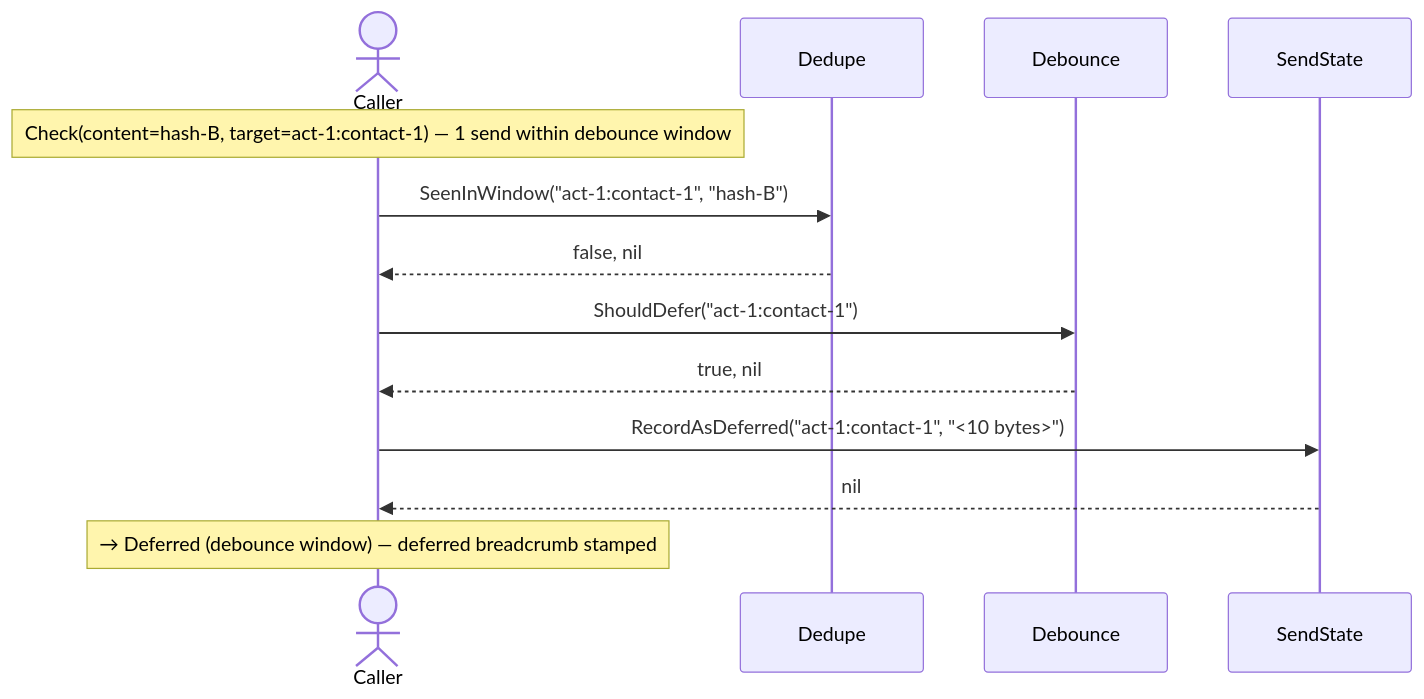
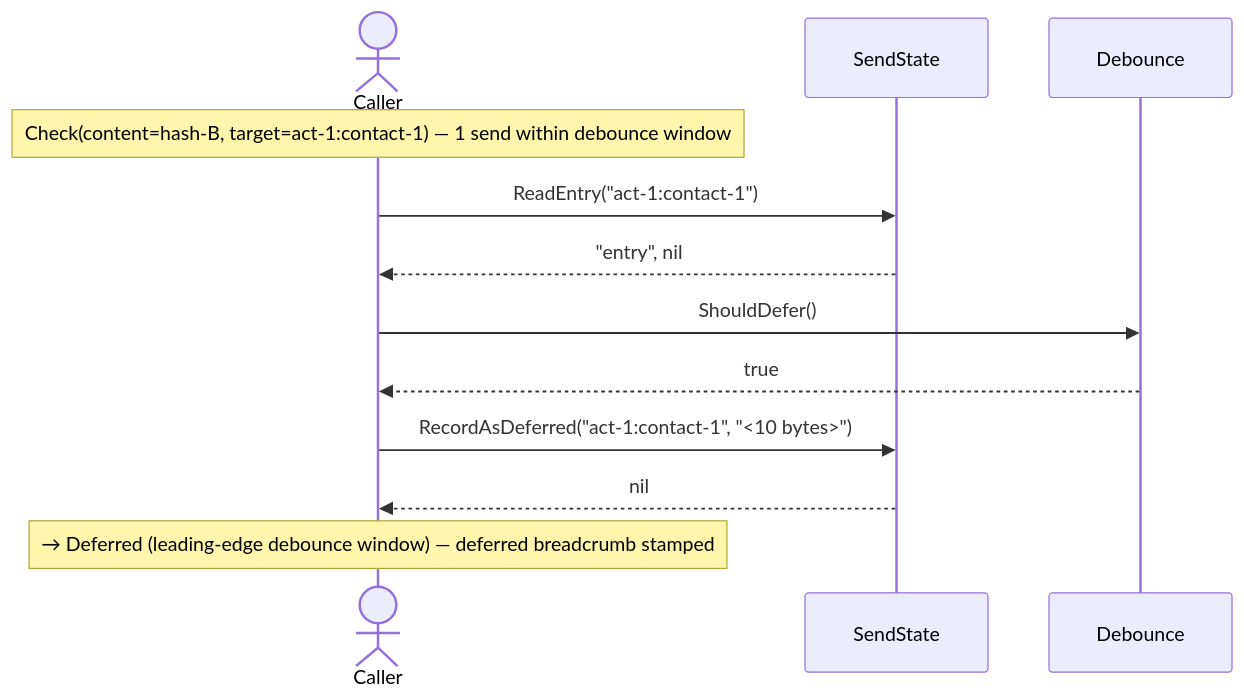
Before and after one commit to homemade/pith: the third of 5 diagrams in protect/sequence_test.md, drawn with Mermaid. The commit also changed other lines of this file and 13 other files, not shown here.

````diff
--- a/protect/sequence_test.md
+++ b/protect/sequence_test.md
@@ -43,16 +44,15 @@
 ```mermaid
 sequenceDiagram
     actor C as Caller
-    participant Dedupe
+    participant SendState
     participant Debounce
-    participant SendState
 
     Note over C: Check(content=hash-B, target=act-1:contact-1) — 1 send within debounce window
-    C->>Dedupe: SeenInWindow("act-1:contact-1", "hash-B")
-    Dedupe-->>C: false, nil
-    C->>Debounce: ShouldDefer("act-1:contact-1")
-    Debounce-->>C: true, nil
+    C->>SendState: ReadEntry("act-1:contact-1")
+    SendState-->>C: "entry", nil
+    C->>Debounce: ShouldDefer()
+    Debounce-->>C: true
     C->>SendState: RecordAsDeferred("act-1:contact-1", "<10 bytes>")
     SendState-->>C: nil
-    Note over C: → Deferred (debounce window) — deferred breadcrumb stamped
+    Note over C: → Deferred (leading-edge debounce window) — deferred breadcrumb stamped
 ```
````
